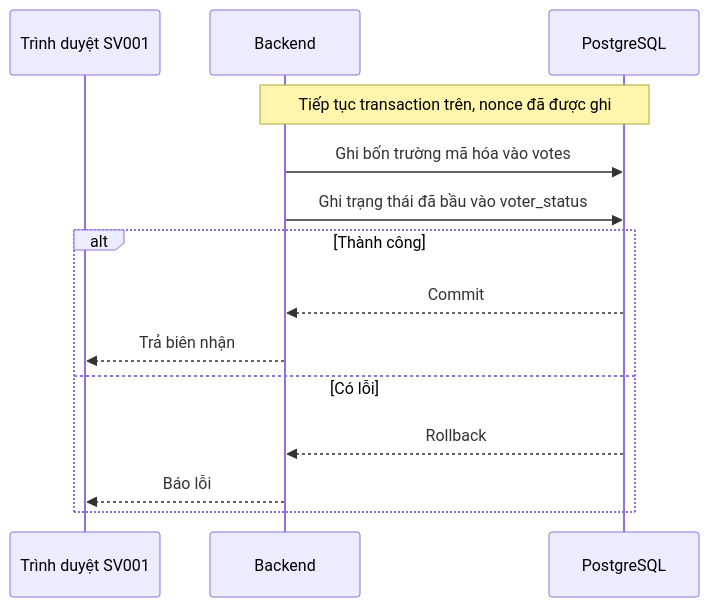
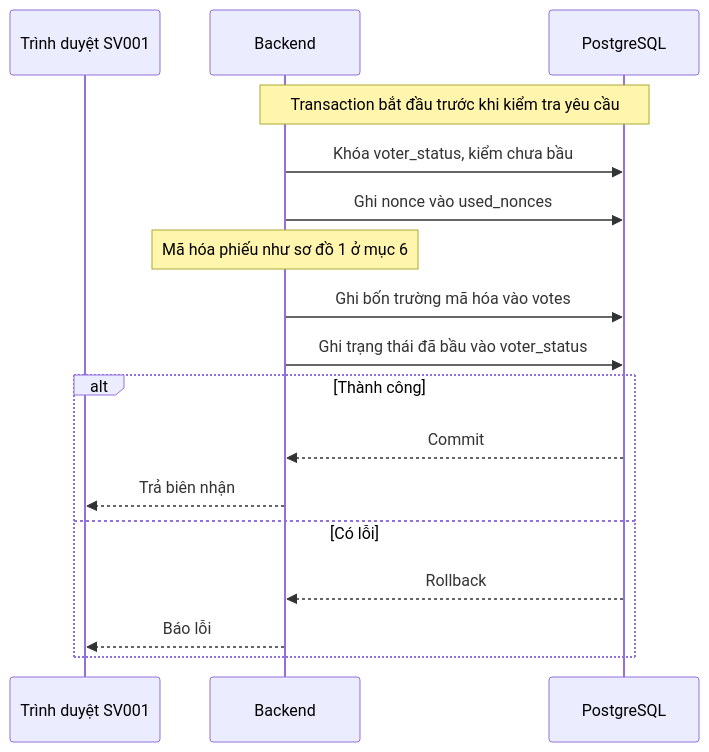
The sixth of 7 diagrams in docs/BCao.md (lam-vu6868/lab3_evoting), drawn with Mermaid before and after one commit. The commit also changed other lines of this file, not shown here.

````diff
--- a/docs/BCao.md
+++ b/docs/BCao.md
@@ -141,16 +151,19 @@
 ```mermaid
 sequenceDiagram
     participant WEB as Trình duyệt SV001
     participant API as Backend
     participant DB as PostgreSQL
-    Note over API,DB: Tiếp tục transaction trên, nonce đã được ghi
+    Note over API,DB: Transaction bắt đầu trước khi kiểm tra yêu cầu
+    API->>DB: Khóa voter_status, kiểm chưa bầu
+    API->>DB: Ghi nonce vào used_nonces
+    Note over API: Mã hóa phiếu như sơ đồ 1 ở mục 6
     API->>DB: Ghi bốn trường mã hóa vào votes
     API->>DB: Ghi trạng thái đã bầu vào voter_status
     alt Thành công
         DB-->>API: Commit
         API-->>WEB: Trả biên nhận
     else Có lỗi
         DB-->>API: Rollback
         API-->>WEB: Báo lỗi
     end
 ```
````
